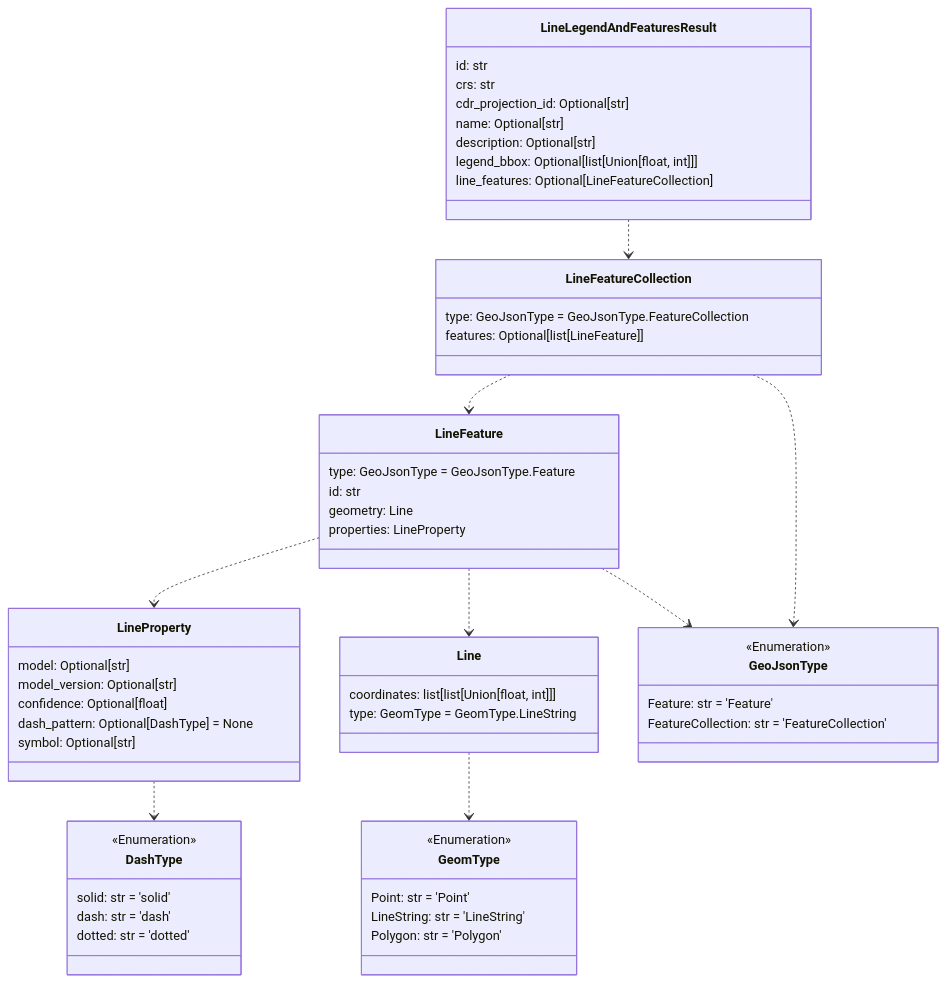
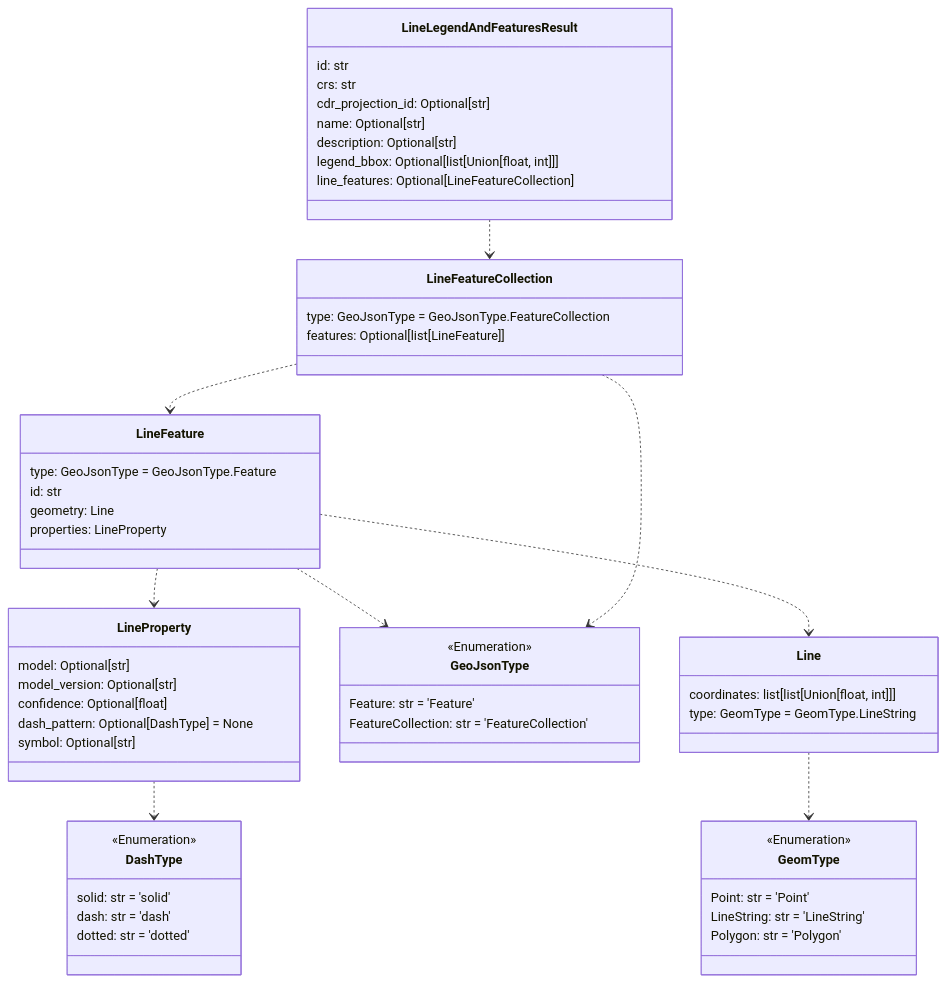
Before and after one commit to DARPA-CRITICALMAAS/cdr_schemas: the sixth of 12 diagrams in README.md, drawn with Mermaid. The commit also changed other lines of this file and 4 other files, not shown here.

````diff
--- a/README.md
+++ b/README.md
@@ -395,69 +411,69 @@
 ```mermaid
 classDiagram
-
-    class LineFeature {
-        type: GeoJsonType = GeoJsonType.Feature
-        id: str
-        geometry: Line
-        properties: LineProperty
-    }
 
     class Line {
         coordinates: list[list[Union[float, int]]]
         type: GeomType = GeomType.LineString
     }
 
-    class LineFeatureCollection {
-        type: GeoJsonType = GeoJsonType.FeatureCollection
-        features: Optional[list[LineFeature]]
-    }
-
-    class GeoJsonType {
+    class GeomType {
         <<Enumeration>>
-        Feature: str = 'Feature'
-        FeatureCollection: str = 'FeatureCollection'
+        Point: str = 'Point'
+        LineString: str = 'LineString'
+        Polygon: str = 'Polygon'
     }
 
     class LineLegendAndFeaturesResult {
         id: str
         crs: str
         cdr_projection_id: Optional[str]
         name: Optional[str]
         description: Optional[str]
         legend_bbox: Optional[list[Union[float, int]]]
         line_features: Optional[LineFeatureCollection]
     }
 
-    class LineProperty {
-        model: Optional[str]
-        model_version: Optional[str]
-        confidence: Optional[float]
-        dash_pattern: Optional[DashType] = None
-        symbol: Optional[str]
-    }
-
-    class GeomType {
+    class GeoJsonType {
         <<Enumeration>>
-        Point: str = 'Point'
-        LineString: str = 'LineString'
-        Polygon: str = 'Polygon'
+        Feature: str = 'Feature'
+        FeatureCollection: str = 'FeatureCollection'
     }
 
     class DashType {
         <<Enumeration>>
         solid: str = 'solid'
         dash: str = 'dash'
         dotted: str = 'dotted'
     }
 
+    class LineFeature {
+        type: GeoJsonType = GeoJsonType.Feature
+        id: str
+        geometry: Line
+        properties: LineProperty
+    }
+
+    class LineFeatureCollection {
+        type: GeoJsonType = GeoJsonType.FeatureCollection
+        features: Optional[list[LineFeature]]
+    }
+
+    class LineProperty {
+        model: Optional[str]
+        model_version: Optional[str]
+        confidence: Optional[float]
+        dash_pattern: Optional[DashType] = None
+        symbol: Optional[str]
+    }
+
     Line ..> GeomType
     LineProperty ..> DashType
     LineFeature ..> LineProperty
+    LineFeature ..> GeoJsonType
     LineFeature ..> Line
-    LineFeature ..> GeoJsonType
+    LineFeatureCollection ..> GeoJsonType
     LineFeatureCollection ..> LineFeature
-    LineFeatureCollection ..> GeoJsonType
     LineLegendAndFeaturesResult ..> LineFeatureCollection
 
 
 ```
````
